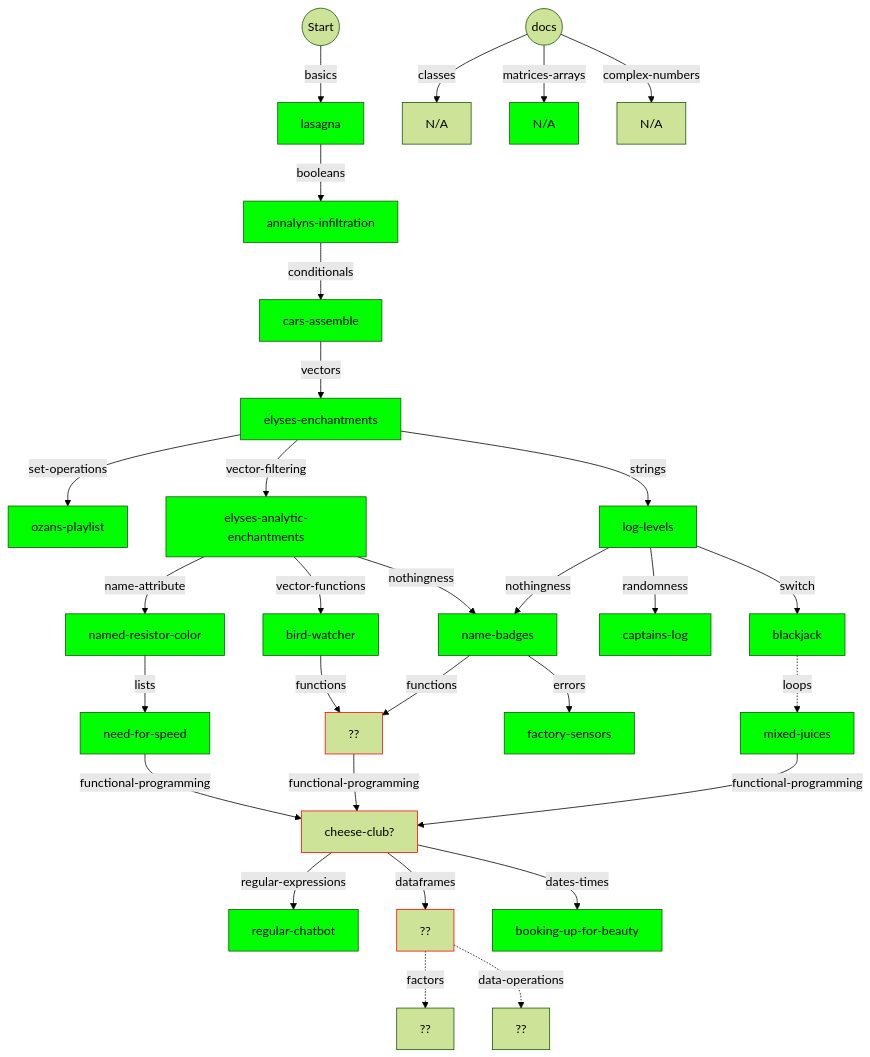
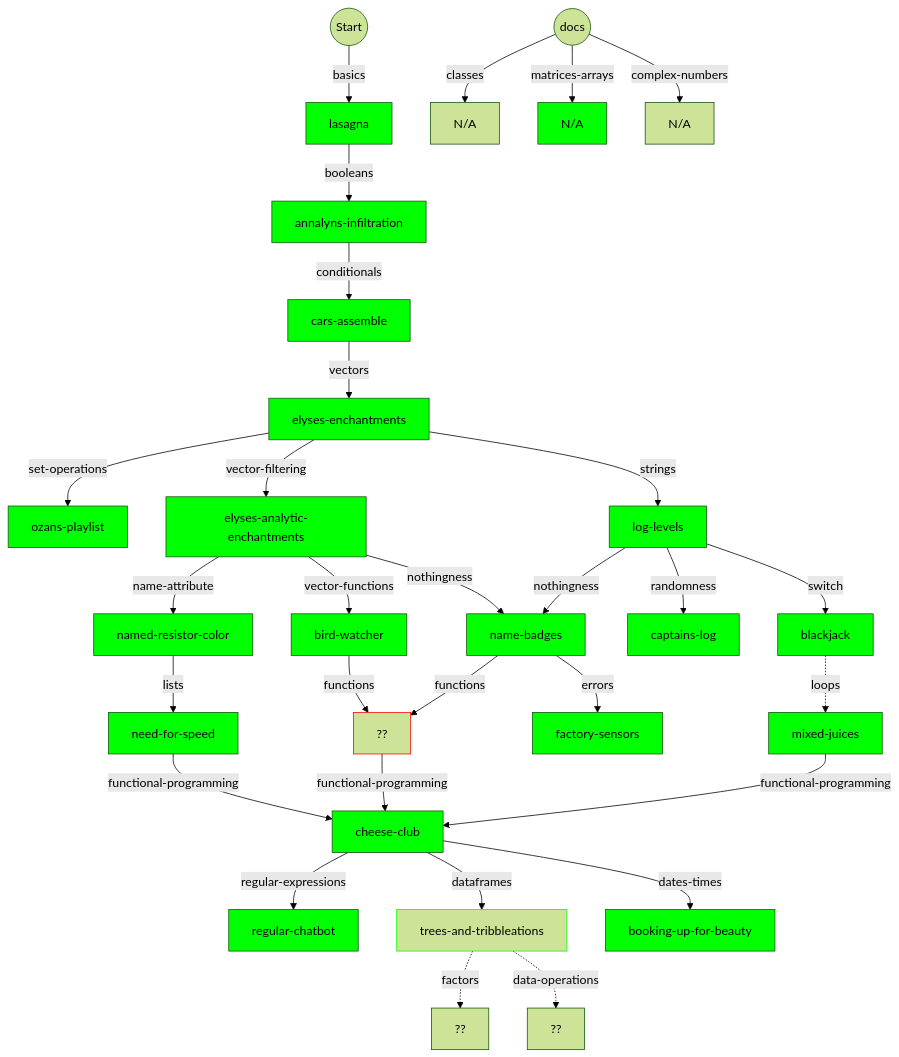
The first of 2 diagrams in r/flowchart.md (colinleach/learning-track-doodles), drawn with Mermaid (forest theme) before and after one commit. The commit also changed 6 other files, not shown here.

Commit message:
cheese-club, flowchart

````diff
--- a/r/flowchart.md
+++ b/r/flowchart.md
@@ -10,79 +10,79 @@
 ```mermaid
 graph TD
     
 start(("Start")) --basics--> basics["lasagna"]
 style basics fill:#0f0
 
 basics --booleans--> booleans["annalyns-infiltration"]
 style booleans fill:#0f0
 
 booleans --conditionals--> conditionals["cars-assemble"]
 style conditionals fill:#0f0
 
 conditionals --vectors--> vectors["elyses-enchantments"]
 style vectors fill:#0f0
 
 switch -.loops.-> loops["mixed-juices"]
 style loops fill:#0f0
 
 vectors --set-operations--> set-operations["ozans-playlist"]
 style set-operations fill:#0f0
 
 name-attribute --lists--> lists["need-for-speed"]
 style lists fill:#0f0
 
 vectors --vector-filtering--> vector-filtering["elyses-analytic-enchantments"]
 style vector-filtering fill:#0f0
 
 vector-filtering --name-attribute--> name-attribute["named-resistor-color"]
 style name-attribute fill:#0f0
 
 vector-filtering --vector-functions--> vector-functions["bird-watcher"]
 style vector-functions fill:#0f0
 
 vectors --strings--> strings["log-levels"]
 style strings fill:#0f0
 
 vector-filtering --nothingness--> nothingness["name-badges"]
 strings --nothingness--> nothingness["name-badges"]
 style nothingness fill:#0f0
 
 strings --randomness--> randomness["captains-log"]
 style randomness fill:#0f0
 
 functional-programming --regular-expressions--> regular-expressions["regular-chatbot"]
 style regular-expressions fill:#0f0
 
 strings --switch--> switch["blackjack"]
 style switch fill:#0f0
 
-lists --functional-programming--> functional-programming["cheese-club?"]
-functions --functional-programming--> functional-programming["cheese-club?"]
-loops --functional-programming--> functional-programming["cheese-club?"]
-style functional-programming stroke:#f00
+lists --functional-programming--> functional-programming["cheese-club"]
+functions --functional-programming--> functional-programming["cheese-club"]
+loops --functional-programming--> functional-programming["cheese-club"]
+style functional-programming fill:#0f0
 
-functional-programming --dataframes--> dataframes["??"]
-style dataframes stroke:#f00
+functional-programming --dataframes--> dataframes["trees-and-tribbleations"]
+style dataframes stroke:#0f0
 
 dataframes -.factors.-> factors["??"]
 
 dataframes -.data-operations.-> data-operations["??"]
 
 functional-programming --dates-times--> dates-times["booking-up-for-beauty"]
 style dates-times fill:#0f0
 
 vector-functions --functions--> functions["??"]
 nothingness --functions--> functions["??"]
 style functions stroke:#f00
 
 nothingness --errors--> errors["factory-sensors "]
 style errors fill:#0f0
 
 unattached(("docs")) --classes--> classes["N/A"]
 
 unattached --matrices-arrays--> matrices-arrays["N/A"]
 style matrices-arrays fill:#0f0
 
 unattached --complex-numbers--> complex-numbers["N/A"]
 
 ```
````
